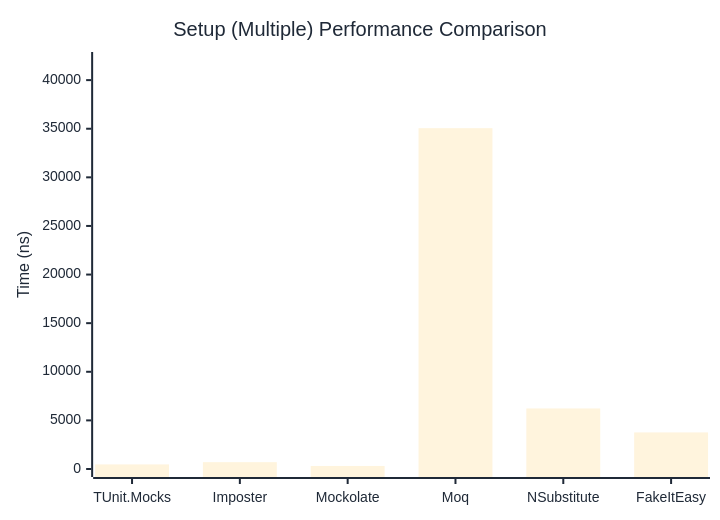
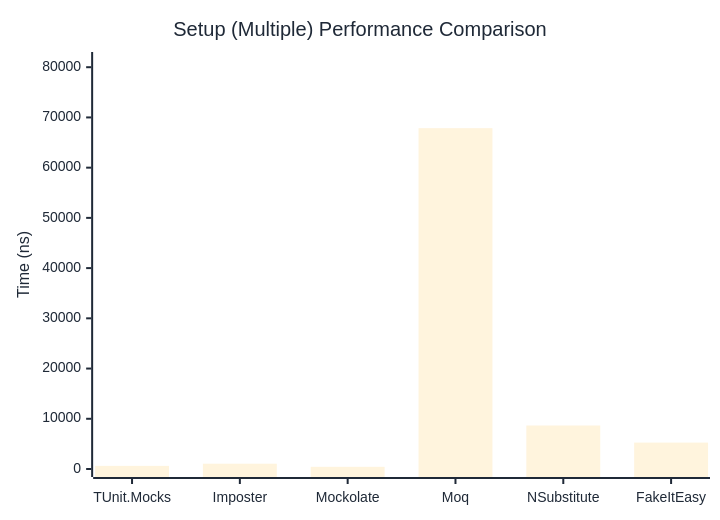
The second of 2 diagrams in docs/docs/benchmarks/mocks/Setup.md (zion-sati/TUnit-NetWasm), drawn with Mermaid before and after one commit. The commit also changed other lines of this file and 294 other files, not shown here.

````diff
--- a/docs/docs/benchmarks/mocks/Setup.md
+++ b/docs/docs/benchmarks/mocks/Setup.md
@@ -71,27 +71,27 @@
 ```mermaid
 %%{init: {
   'theme':'base',
   'themeVariables': {
     'primaryColor': '#2563eb',
     'primaryTextColor': '#1f2937',
     'primaryBorderColor': '#1e40af',
     'lineColor': '#6b7280',
     'secondaryColor': '#7c3aed',
     'tertiaryColor': '#dc2626',
     'background': '#ffffff',
     'pie1': '#2563eb',
     'pie2': '#7c3aed',
     'pie3': '#dc2626',
     'pie4': '#f59e0b',
     'pie5': '#10b981',
     'pie6': '#06b6d4',
     'pie7': '#ec4899',
     'pie8': '#6366f1'
   }
 }}%%
 xychart-beta
   title "Setup (Multiple) Performance Comparison"
   x-axis ["TUnit.Mocks", "Imposter", "Mockolate", "Moq", "NSubstitute", "FakeItEasy"]
-  y-axis "Time (ns)" 0 --> 42069
-  bar [472.6, 702.5, 312.6, 35057.1, 6228.1, 3762.9]
+  y-axis "Time (ns)" 0 --> 81435
+  bar [624.9, 1053.9, 433, 67862, 8661, 5256.8]
 ```
````
